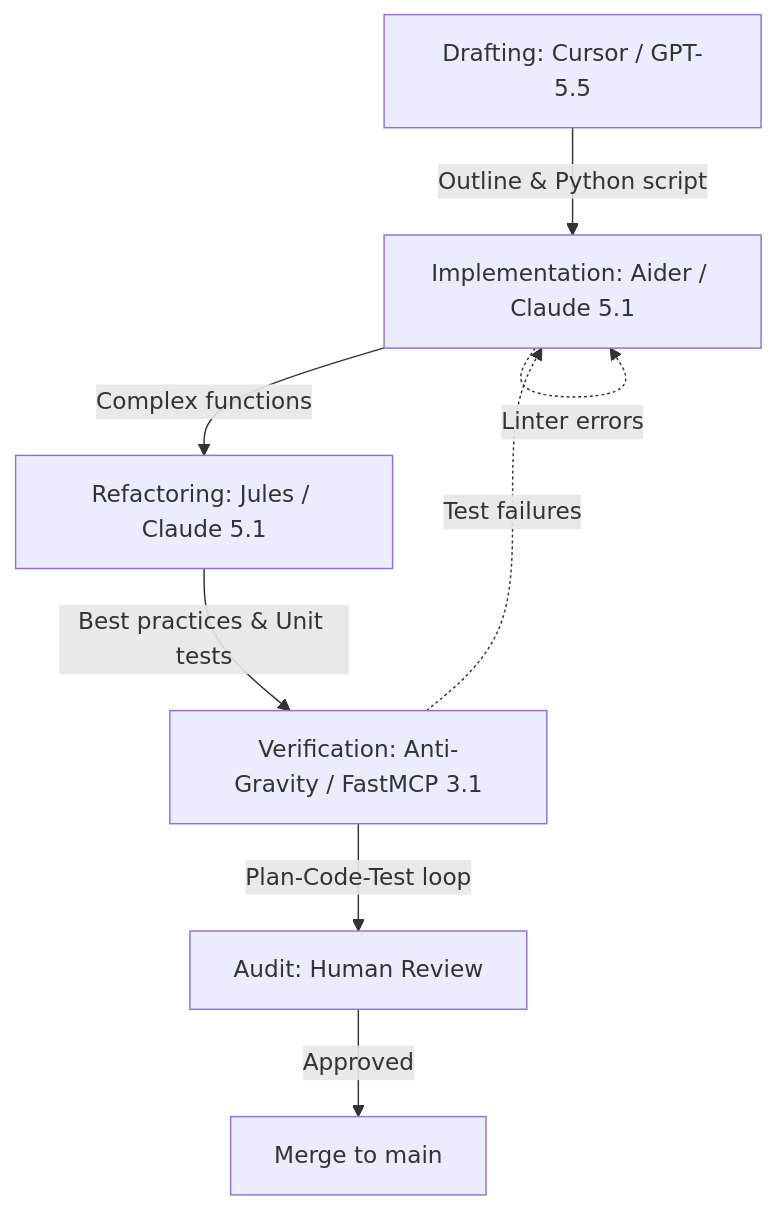
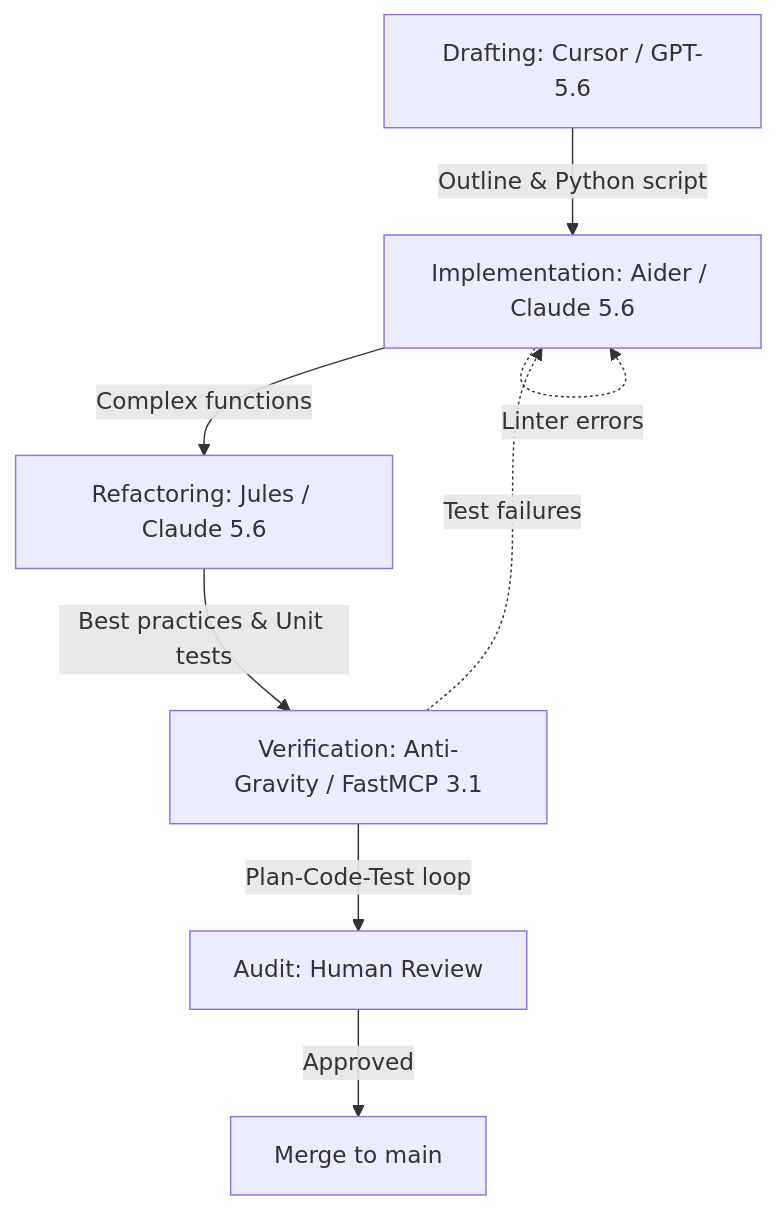
Before and after one commit to joanmarcriera/Home-office-automations: the diagram in docs/playbooks/dev-workflow-ai-assisted.md, drawn with Mermaid. The commit also changed other lines of this file and 5 other files, not shown here.

````diff
--- a/docs/playbooks/dev-workflow-ai-assisted.md
+++ b/docs/playbooks/dev-workflow-ai-assisted.md
@@ -59,10 +59,10 @@
 ```mermaid
 flowchart TD
-    A[Drafting: Cursor / GPT-5.5] -->|Outline & Python script| B[Implementation: Aider / Claude 5.1]
-    B -->|Complex functions| C[Refactoring: Jules / Claude 5.1]
+    A[Drafting: Cursor / GPT-5.6] -->|Outline & Python script| B[Implementation: Aider / Claude 5.6]
+    B -->|Complex functions| C[Refactoring: Jules / Claude 5.6]
     C -->|Best practices & Unit tests| D[Verification: Anti-Gravity / FastMCP 3.1]
     D -->|Plan-Code-Test loop| E[Audit: Human Review]
     E -->|Approved| F[Merge to main]
     B -.->|Linter errors| B
     D -.->|Test failures| B
 ```
````
